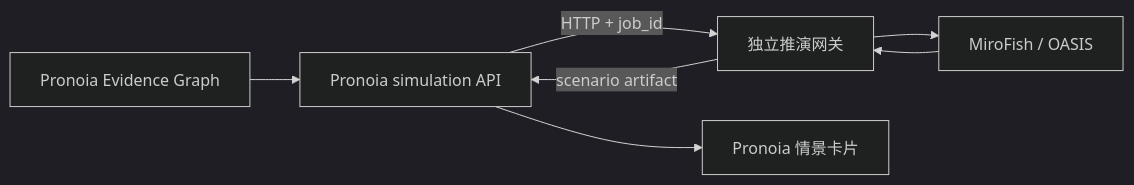
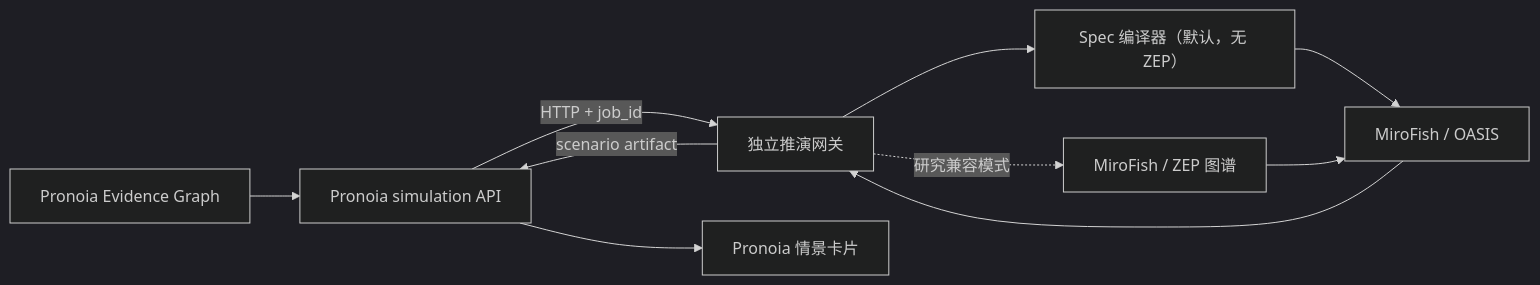
One commit to vixuowis/Pronoia changed the diagram in docs/mirofish-simulation.md. Above: the diagram before and after it, drawn with Mermaid (dark theme). The commit also changed other lines of this file and 1 other file, not shown here.

````diff
--- a/docs/mirofish-simulation.md
+++ b/docs/mirofish-simulation.md
@@ -14,9 +14,12 @@
 ```mermaid
 flowchart LR
     A["Pronoia Evidence Graph"] --> B["Pronoia simulation API"]
     B -->|"HTTP + job_id"| C["独立推演网关"]
-    C --> D["MiroFish / OASIS"]
-    D --> C
+    C --> D["Spec 编译器（默认，无 ZEP）"]
+    C -.->|"研究兼容模式"| Z["MiroFish / ZEP 图谱"]
+    D --> O["MiroFish / OASIS"]
+    Z --> O
+    O --> C
     C -->|"scenario artifact"| B
     B --> E["Pronoia 情景卡片"]
 ```
````
